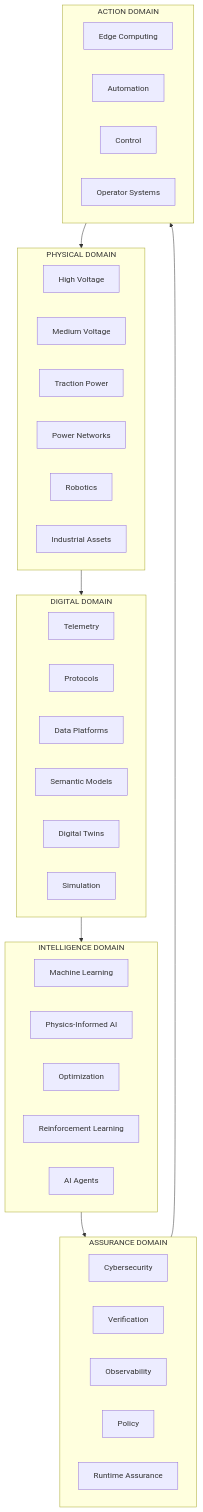
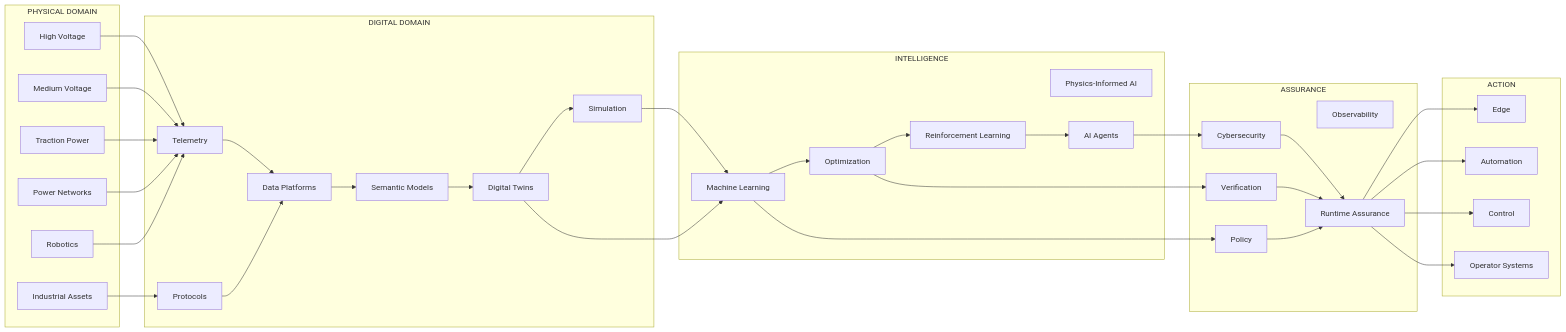
The sixth of 33 diagrams in README.md (iceccarelli/iceccarelli), drawn with Mermaid before and after one commit. The commit also changed other lines of this file, not shown here.

````diff
--- a/README.md
+++ b/README.md
@@ -225,49 +251,75 @@
 ```mermaid
-flowchart TB
+flowchart LR
+
     subgraph PHYSICAL["PHYSICAL DOMAIN"]
         HV[High Voltage]
         MV[Medium Voltage]
         TP[Traction Power]
         GRID[Power Networks]
+        IND[Industrial Assets]
         ROB[Robotics]
-        IND[Industrial Assets]
     end
 
     subgraph DIGITAL["DIGITAL DOMAIN"]
         TEL[Telemetry]
         PROT[Protocols]
         DATA[Data Platforms]
         SEM[Semantic Models]
         TWIN[Digital Twins]
         SIM[Simulation]
     end
 
-    subgraph INTEL["INTELLIGENCE DOMAIN"]
+    subgraph INTEL["INTELLIGENCE"]
         ML[Machine Learning]
         PINN[Physics-Informed AI]
         OPT[Optimization]
         RL[Reinforcement Learning]
         AG[AI Agents]
     end
 
-    subgraph ASSURE["ASSURANCE DOMAIN"]
+    subgraph ASSURE["ASSURANCE"]
         SEC[Cybersecurity]
         VER[Verification]
         OBS[Observability]
         POL[Policy]
-        RUNTIME[Runtime Assurance]
+        RT[Runtime Assurance]
     end
 
-    subgraph ACTION["ACTION DOMAIN"]
-        EDGE[Edge Computing]
+    subgraph ACTION["ACTION"]
+        EDGE[Edge]
         AUTO[Automation]
         CTRL[Control]
         OP[Operator Systems]
     end
 
-    PHYSICAL --> DIGITAL
-    DIGITAL --> INTEL
-    INTEL --> ASSURE
-    ASSURE --> ACTION
-    ACTION --> PHYSICAL
+    HV --> TEL
+    MV --> TEL
+    TP --> TEL
+    GRID --> TEL
+    IND --> PROT
+    ROB --> TEL
+
+    TEL --> DATA
+    PROT --> DATA
+    DATA --> SEM
+    SEM --> TWIN
+    TWIN --> SIM
+
+    SIM --> ML
+    TWIN --> ML
+    ML --> OPT
+    OPT --> RL
+    RL --> AG
+
+    AG --> SEC
+    OPT --> VER
+    ML --> POL
+    SEC --> RT
+    VER --> RT
+    POL --> RT
+
+    RT --> EDGE
+    RT --> AUTO
+    RT --> CTRL
+    RT --> OP
 ```
````
